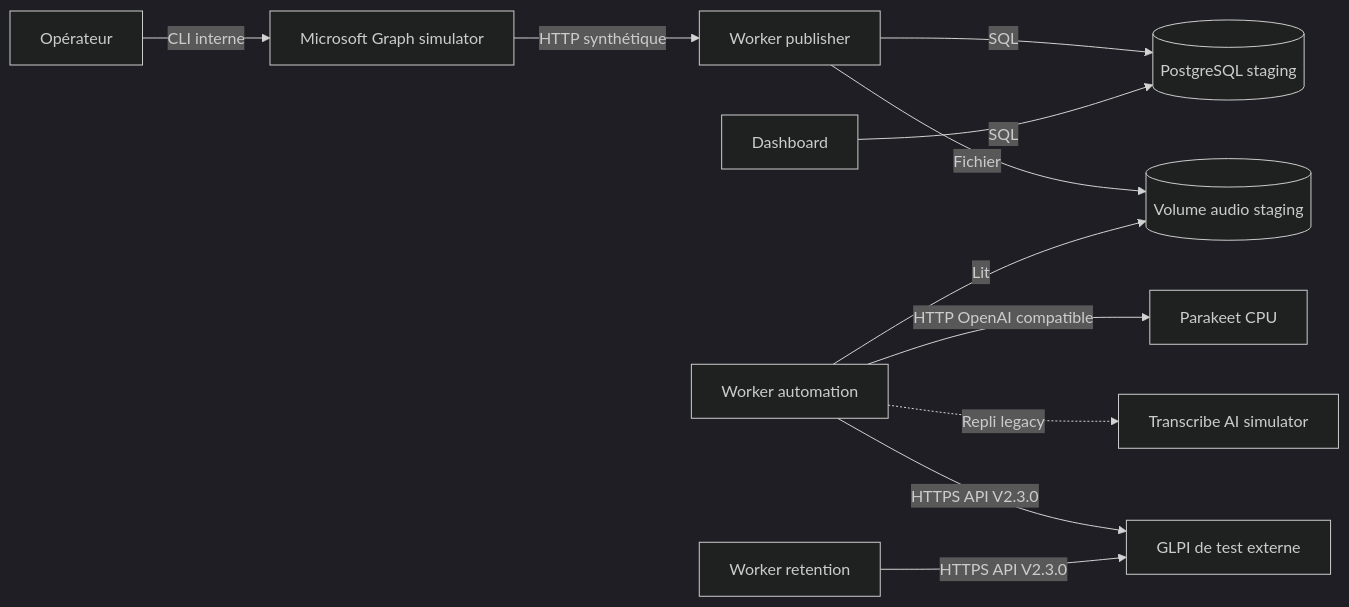
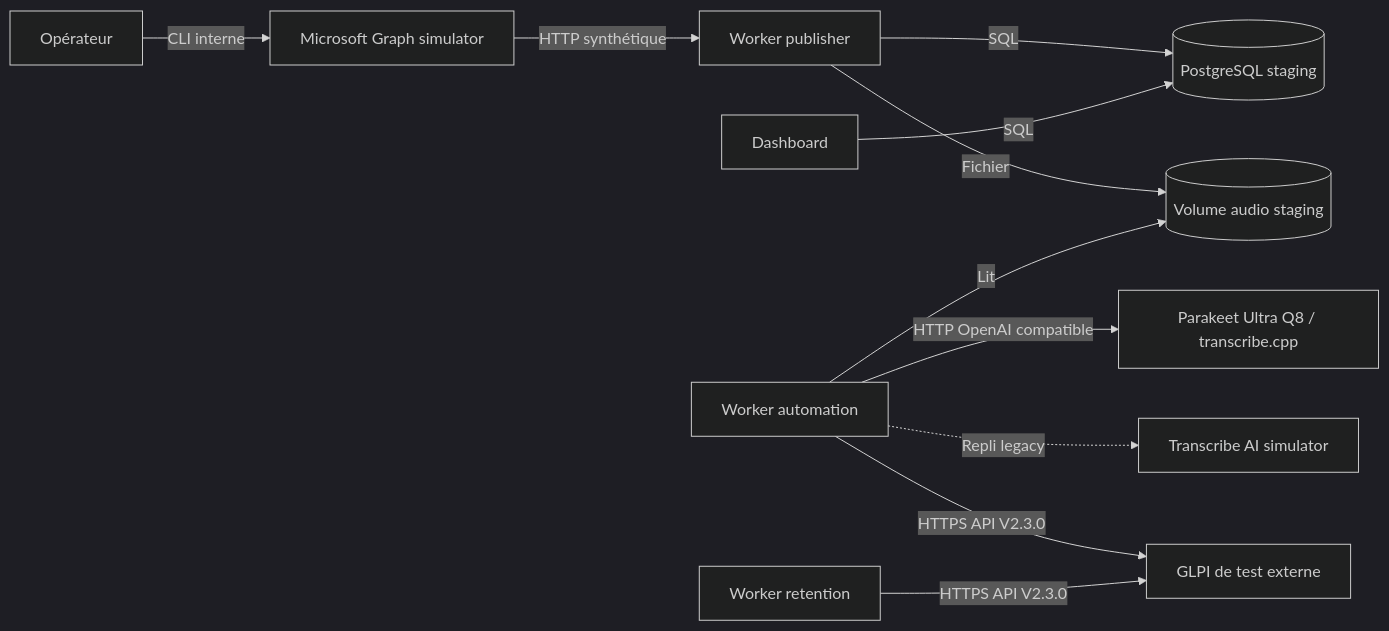
Before and after one commit to dev-vauclaire/mevo2glpi: the diagram in docs/staging.md, drawn with Mermaid (dark theme). The commit also changed other lines of this file and 52 other files, not shown here.

Commit message:
feat(transcription): add Parakeet Ultra CPU service

````diff
--- a/docs/staging.md
+++ b/docs/staging.md
@@ -12,13 +12,13 @@
 ```mermaid
 flowchart LR
     Operator[Opérateur] -->|CLI interne| Graph[Microsoft Graph simulator]
     Graph -->|HTTP synthétique| Publisher[Worker publisher]
     Publisher -->|SQL| PostgreSQL[(PostgreSQL staging)]
     Publisher -->|Fichier| Audio[(Volume audio staging)]
     Automation[Worker automation] -->|Lit| Audio
-    Automation -->|HTTP OpenAI compatible| Parakeet[Parakeet CPU]
+    Automation -->|HTTP OpenAI compatible| Transcription[Parakeet Ultra Q8 / transcribe.cpp]
     Automation -.->|Repli legacy| Transcribe[Transcribe AI simulator]
     Automation -->|HTTPS API V2.3.0| GLPI[GLPI de test externe]
     Retention[Worker retention] -->|HTTPS API V2.3.0| GLPI
     Web[Dashboard] -->|SQL| PostgreSQL
 ```
````
